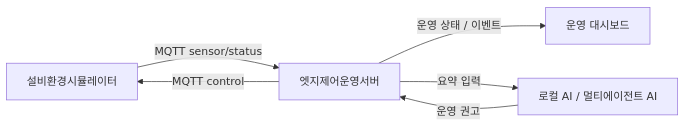
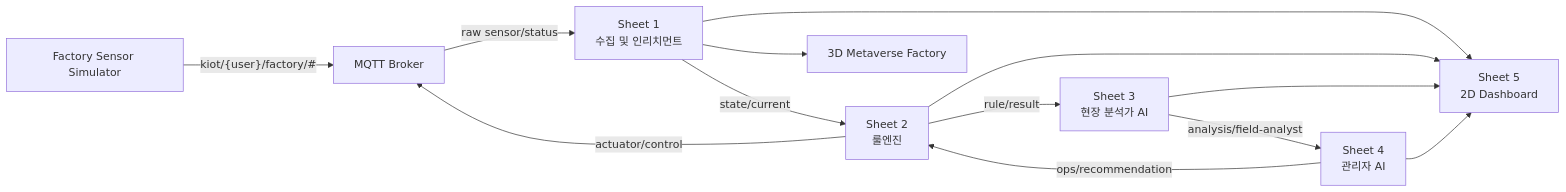
One commit to zenit9hub/withus-aiot-digital-twin-ops changed the diagram in docs/architecture/system-overview.md. Above: the diagram before and after it, drawn with Mermaid. The commit also changed other lines of this file and 8 other files, not shown here.

````diff
--- a/docs/architecture/system-overview.md
+++ b/docs/architecture/system-overview.md
@@ -13,8 +14,15 @@
 ```mermaid
 flowchart LR
-  sim["설비환경시뮬레이터"] -->|"MQTT sensor/status"| edge["엣지제어운영서버"]
-  edge -->|"MQTT control"| sim
-  edge -->|"운영 상태 / 이벤트"| dash["운영 대시보드"]
-  edge -->|"요약 입력"| ai["로컬 AI / 멀티에이전트 AI"]
-  ai -->|"운영 권고"| edge
+  sim["Factory Sensor Simulator"] -->|"kiot/{user}/factory/#"| mqtt["MQTT Broker"]
+  mqtt -->|"raw sensor/status"| sheet1["Sheet 1<br/>수집 및 인리치먼트"]
+  sheet1 -->|"state/current"| sheet2["Sheet 2<br/>룰엔진"]
+  sheet2 -->|"actuator/control"| mqtt
+  sheet2 -->|"rule/result"| sheet3["Sheet 3<br/>현장 분석가 AI"]
+  sheet3 -->|"analysis/field-analyst"| sheet4["Sheet 4<br/>관리자 AI"]
+  sheet4 -->|"ops/recommendation"| sheet2
+  sheet1 --> dash["Sheet 5<br/>2D Dashboard"]
+  sheet2 --> dash
+  sheet3 --> dash
+  sheet4 --> dash
+  sheet1 --> meta["3D Metaverse Factory"]
 ```
````
